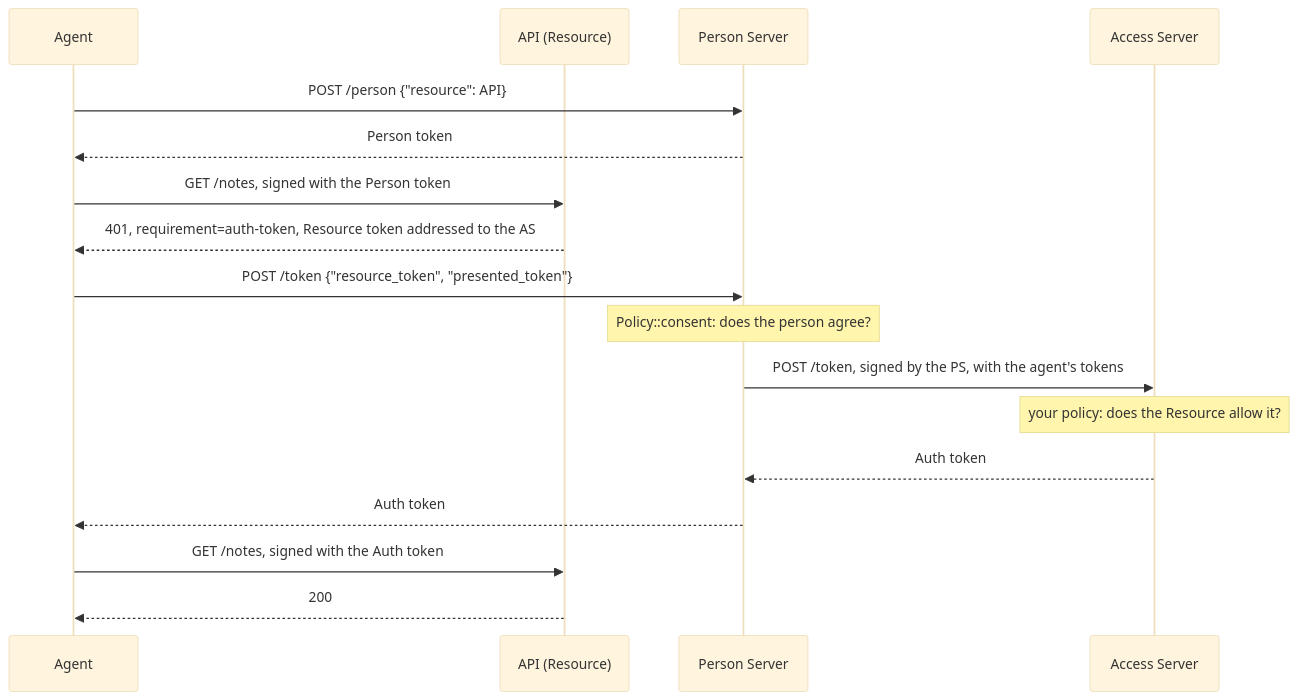
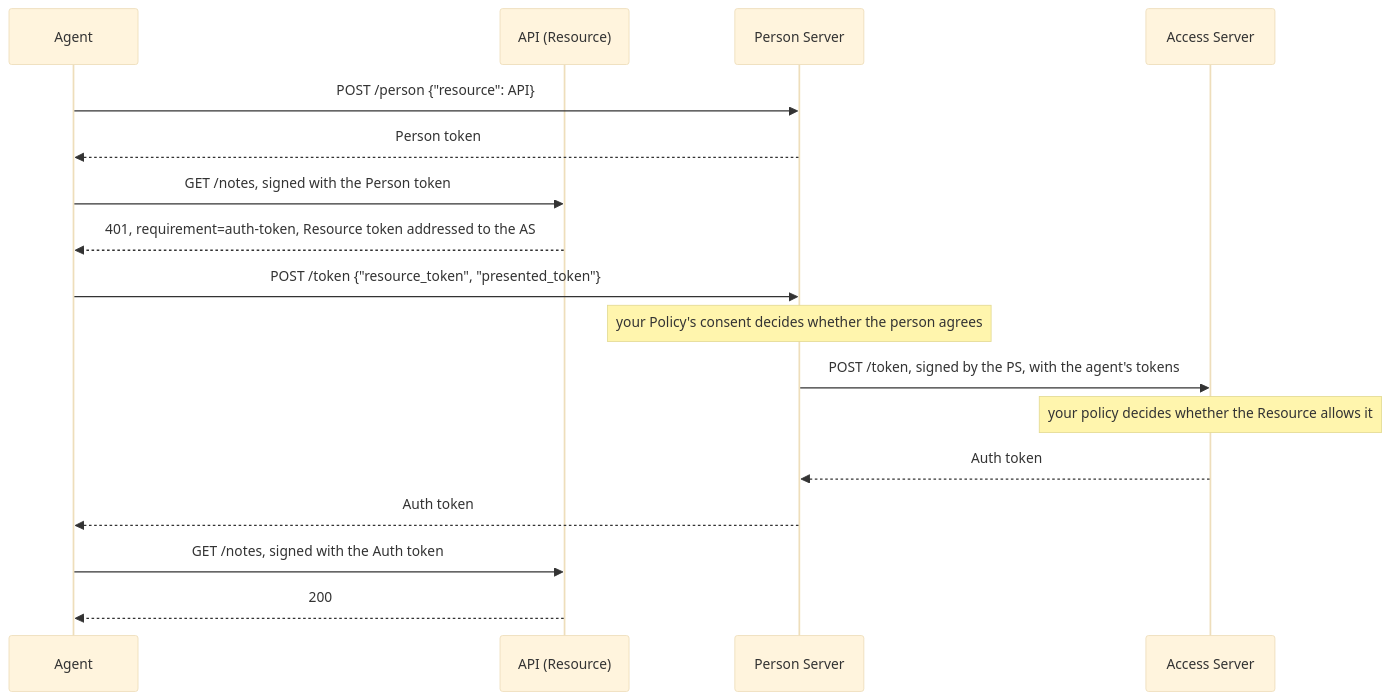
The diagram in docs/roles/access-server.md (sidecat-dev/aauth-rust), drawn with Mermaid (base theme) before and after one commit. The commit also changed 14 other files, not shown here.

First line of the commit message:
docs: make every mermaid diagram render on GitLab

````diff
--- a/docs/roles/access-server.md
+++ b/docs/roles/access-server.md
@@ -16,19 +16,19 @@
 ```mermaid
 sequenceDiagram
     participant Agent
     participant API as API (Resource)
     participant PS as Person Server
     participant AS as Access Server
-    Agent->>PS: POST /person {"resource": API}
-    PS-->>Agent: Person token
-    Agent->>API: GET /notes, signed with the Person token
-    API-->>Agent: 401, requirement=auth-token, Resource token addressed to the AS
-    Agent->>PS: POST /token {"resource_token", "presented_token"}
-    Note over PS: Policy::consent: does the person agree?
-    PS->>AS: POST /token, signed by the PS, with the agent's tokens
-    Note over AS: your policy: does the Resource allow it?
-    AS-->>PS: Auth token
-    PS-->>Agent: Auth token
-    Agent->>API: GET /notes, signed with the Auth token
-    API-->>Agent: 200
+    Agent->>PS : POST /person {"resource": API}
+    PS-->>Agent : Person token
+    Agent->>API : GET /notes, signed with the Person token
+    API-->>Agent : 401, requirement=auth-token, Resource token addressed to the AS
+    Agent->>PS : POST /token {"resource_token", "presented_token"}
+    Note over PS : your Policy's consent decides whether the person agrees
+    PS->>AS : POST /token, signed by the PS, with the agent's tokens
+    Note over AS : your policy decides whether the Resource allows it
+    AS-->>PS : Auth token
+    PS-->>Agent : Auth token
+    Agent->>API : GET /notes, signed with the Auth token
+    API-->>Agent : 200
 ```
````
